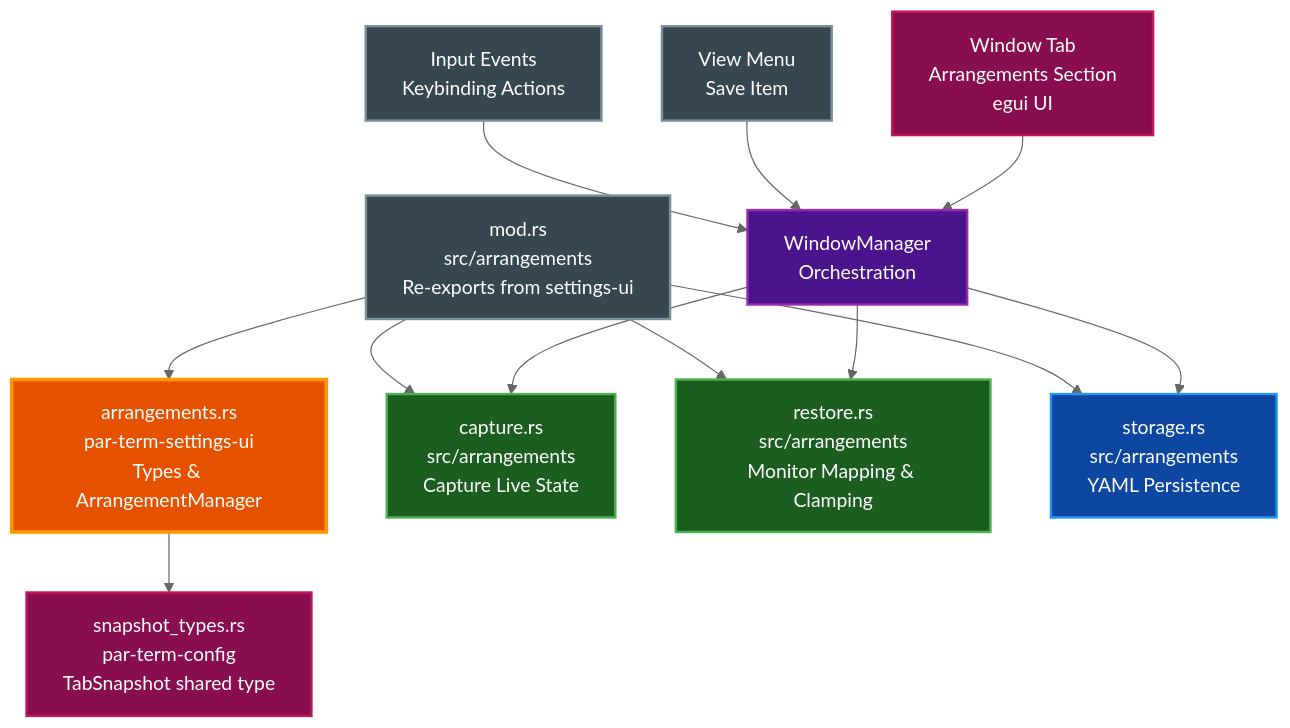
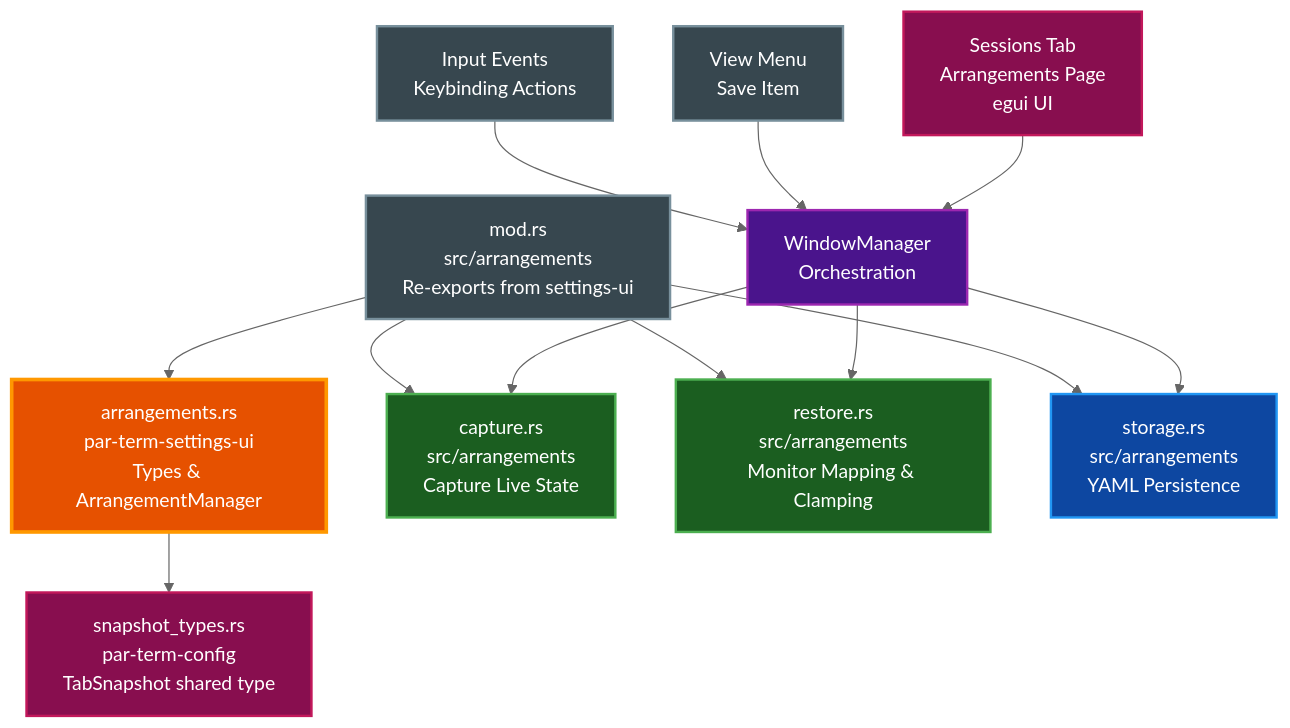
The third of 3 diagrams in docs/features/ARRANGEMENTS.md (paulrobello/par-term), drawn with Mermaid (neutral theme) before and after one commit. The commit also changed other lines of this file and 154 other files, not shown here.

````diff
--- a/docs/features/ARRANGEMENTS.md
+++ b/docs/features/ARRANGEMENTS.md
@@ -319,39 +319,39 @@
 ```mermaid
 graph TD
     SettingsUIArr[arrangements.rs<br/>par-term-settings-ui<br/>Types & ArrangementManager]
     ConfigSnapshot[snapshot_types.rs<br/>par-term-config<br/>TabSnapshot shared type]
     Capture[capture.rs<br/>src/arrangements<br/>Capture Live State]
     Restore[restore.rs<br/>src/arrangements<br/>Monitor Mapping & Clamping]
     Storage[storage.rs<br/>src/arrangements<br/>YAML Persistence]
     Mod[mod.rs<br/>src/arrangements<br/>Re-exports from settings-ui]
     WinMgr[WindowManager<br/>Orchestration]
-    SettingsUI[Window Tab<br/>Arrangements Section<br/>egui UI]
+    SettingsUI[Sessions Tab<br/>Arrangements Page<br/>egui UI]
     Menu[View Menu<br/>Save Item]
     Input[Input Events<br/>Keybinding Actions]
 
     WinMgr --> Capture
     WinMgr --> Restore
     WinMgr --> Storage
     SettingsUI --> WinMgr
     Menu --> WinMgr
     Input --> WinMgr
     Mod --> Capture
     Mod --> Restore
     Mod --> Storage
     SettingsUIArr --> ConfigSnapshot
     Mod --> SettingsUIArr
 
     class SettingsUIArr primary
     class ConfigSnapshot,SettingsUI accent
     class Capture,Restore active
     class Storage data
     class Mod,Menu,Input neutral
     class WinMgr external
 
     classDef primary fill:#e65100,stroke:#ff9800,stroke-width:3px,color:#ffffff
     classDef accent fill:#880e4f,stroke:#c2185b,stroke-width:2px,color:#ffffff
     classDef active fill:#1b5e20,stroke:#4caf50,stroke-width:2px,color:#ffffff
     classDef data fill:#0d47a1,stroke:#2196f3,stroke-width:2px,color:#ffffff
     classDef neutral fill:#37474f,stroke:#78909c,stroke-width:2px,color:#ffffff
     classDef external fill:#4a148c,stroke:#9c27b0,stroke-width:2px,color:#ffffff
 ```
````
